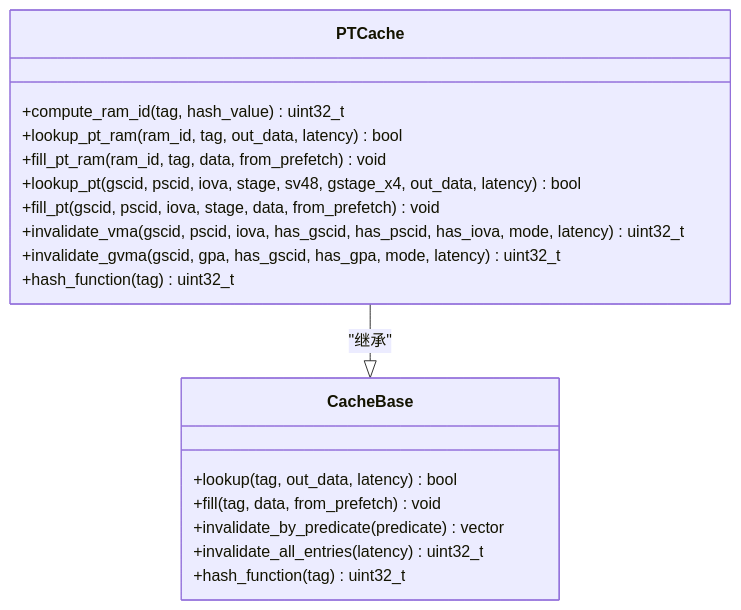
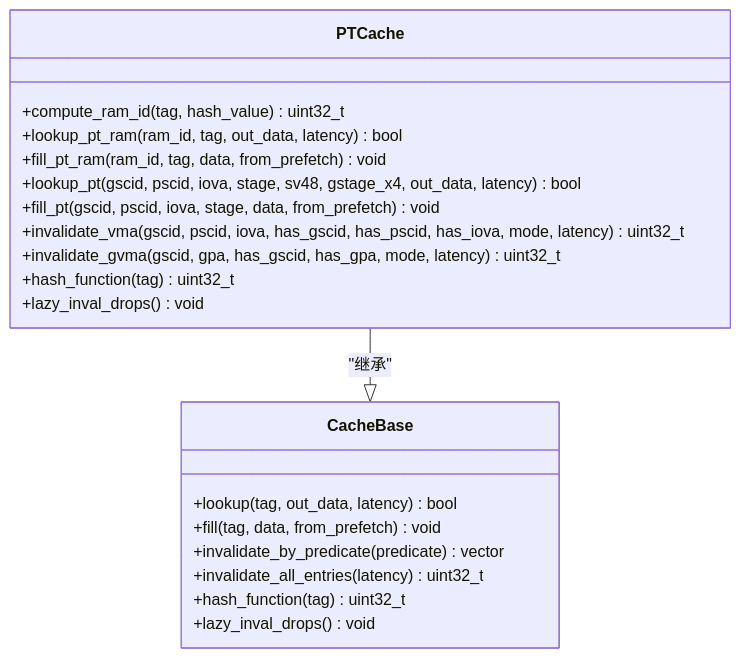
Before and after one commit to jiangjiang1122/iommu_model_20260401_v1: the eighth of 14 diagrams in .qoder/repowiki/zh/content/缓存系统/PT缓存（页表缓存）.md, drawn with Mermaid. The commit also changed other lines of this file and 159 other files, not shown here.

Commit message:
chore: 更新知识库文档 + 新增PTW并发分析图表与数据文件

````diff
--- a/.qoder/repowiki/zh/content/缓存系统/PT缓存（页表缓存）.md
+++ b/.qoder/repowiki/zh/content/缓存系统/PT缓存（页表缓存）.md
@@ -309,21 +401,23 @@
 ```mermaid
 classDiagram
 class PTCache {
 +compute_ram_id(tag, hash_value) uint32_t
 +lookup_pt_ram(ram_id, tag, out_data, latency) bool
 +fill_pt_ram(ram_id, tag, data, from_prefetch) void
 +lookup_pt(gscid, pscid, iova, stage, sv48, gstage_x4, out_data, latency) bool
 +fill_pt(gscid, pscid, iova, stage, data, from_prefetch) void
 +invalidate_vma(gscid, pscid, iova, has_gscid, has_pscid, has_iova, mode, latency) uint32_t
 +invalidate_gvma(gscid, gpa, has_gscid, has_gpa, mode, latency) uint32_t
 +hash_function(tag) uint32_t
++lazy_inval_drops() void
 }
 class CacheBase {
 +lookup(tag, out_data, latency) bool
 +fill(tag, data, from_prefetch) void
 +invalidate_by_predicate(predicate) vector<TagT>
 +invalidate_all_entries(latency) uint32_t
 +hash_function(tag) uint32_t
++lazy_inval_drops() void
 }
 PTCache --|> CacheBase : "继承"
 ```
````
